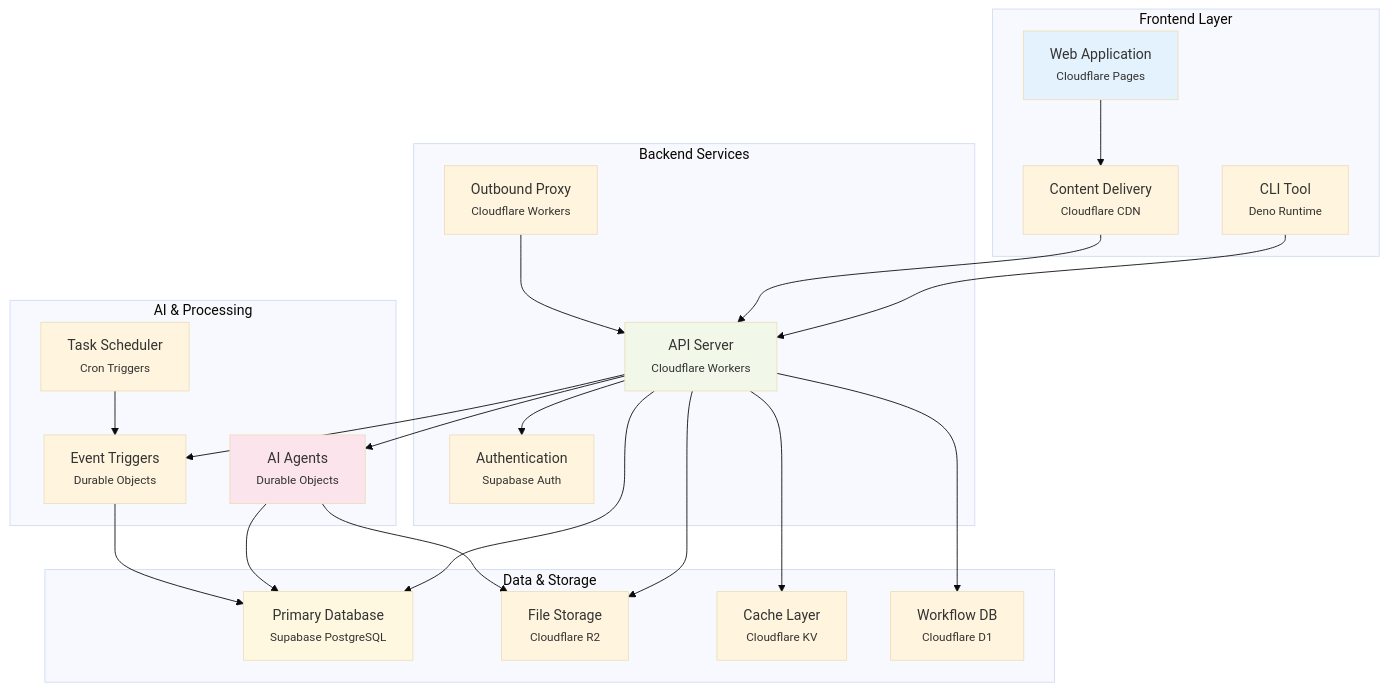
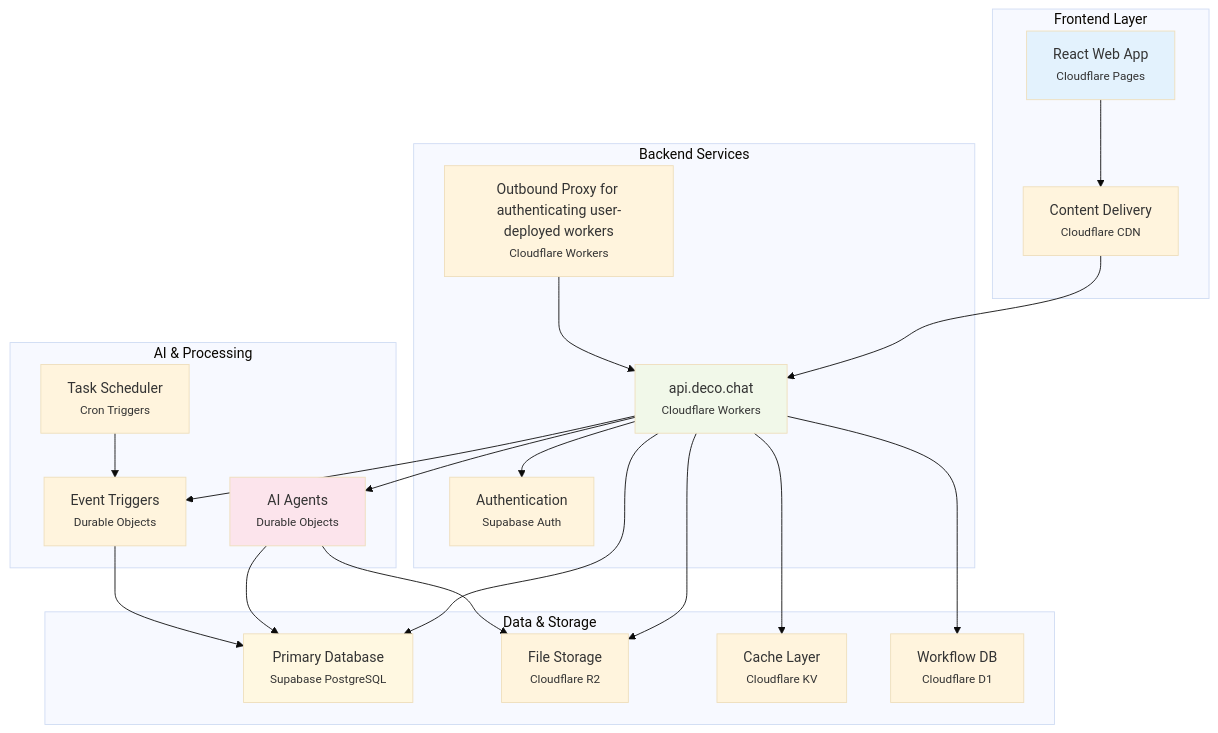
The first of 2 diagrams in architecture.md (decocms/admin), drawn with Mermaid (base theme) before and after one commit. The commit also changed other lines of this file, not shown here.

````diff
--- a/architecture.md
+++ b/architecture.md
@@ -5,49 +5,47 @@
 ```mermaid
 graph TB
     subgraph "Frontend Layer"
-        WebApp[Web Application<br/><small>Cloudflare Pages</small>]
-        CLI[CLI Tool<br/><small>Deno Runtime</small>]
+        WebApp[React Web App<br/><small>Cloudflare Pages</small>]
         CDN[Content Delivery<br/><small>Cloudflare CDN</small>]
     end
     
     subgraph "Backend Services"
-        API[API Server<br/><small>Cloudflare Workers</small>]
-        Outbound[Outbound Proxy<br/><small>Cloudflare Workers</small>]
+        API[api.deco.chat<br/><small>Cloudflare Workers</small>]
+        Outbound[Outbound Proxy for authenticating user-deployed workers<br/><small>Cloudflare Workers</small>]
         Auth[Authentication<br/><small>Supabase Auth</small>]
     end
     
     subgraph "AI & Processing"
         Agents[AI Agents<br/><small>Durable Objects</small>]
         Triggers[Event Triggers<br/><small>Durable Objects</small>]
         Scheduler[Task Scheduler<br/><small>Cron Triggers</small>]
     end
     
     subgraph "Data & Storage"
         Database[Primary Database<br/><small>Supabase PostgreSQL</small>]
         FileStorage[File Storage<br/><small>Cloudflare R2</small>]
         Cache[Cache Layer<br/><small>Cloudflare KV</small>]
         Workflows[Workflow DB<br/><small>Cloudflare D1</small>]
     end
     
     WebApp --> CDN
-    CLI --> API
     CDN --> API
     API --> Auth
     API --> Agents
     API --> Triggers
     API --> Database
     API --> FileStorage
     API --> Cache
     API --> Workflows
     
     Agents --> Database
     Agents --> FileStorage
     Triggers --> Database
     Scheduler --> Triggers
     Outbound --> API
     
     style WebApp fill:#e3f2fd
     style API fill:#f1f8e9
     style Agents fill:#fce4ec
     style Database fill:#fff8e1
 ```
````
